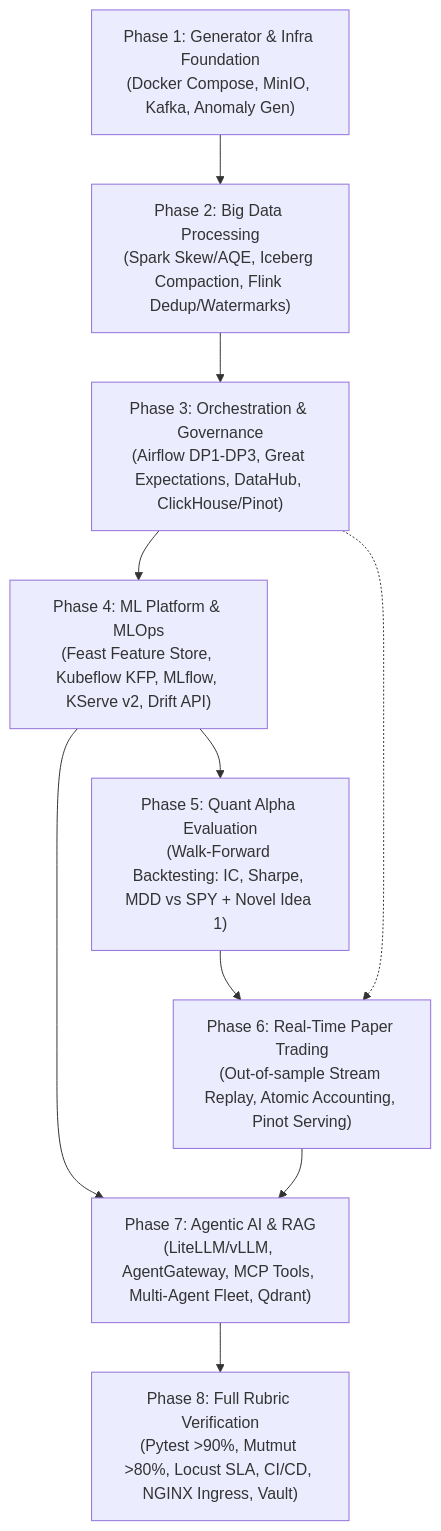
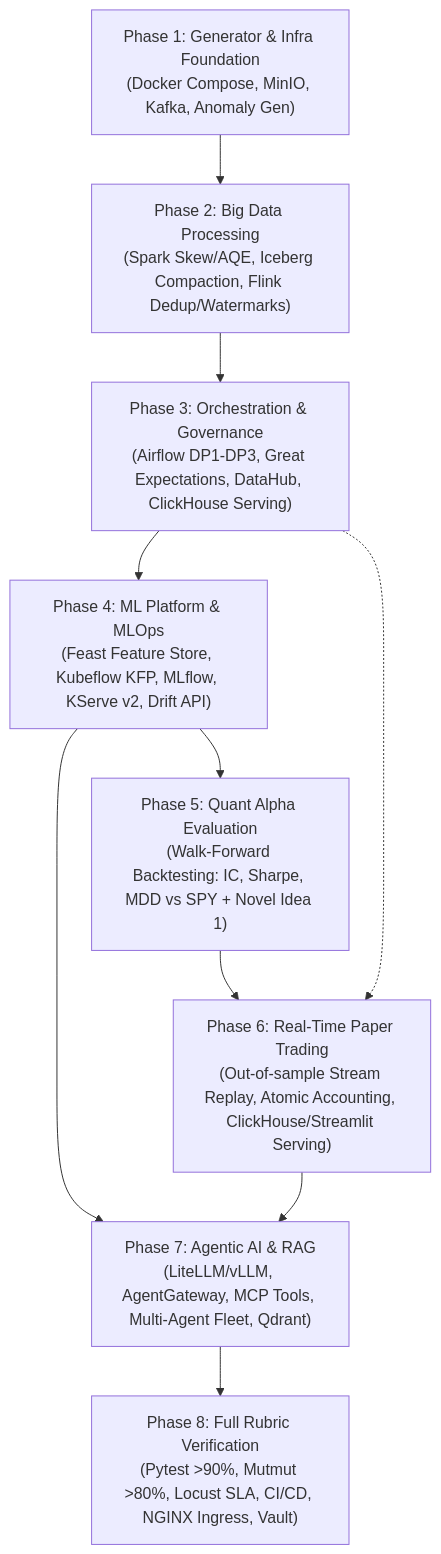
One commit to LongDeutsch/edai_quant_k11 changed the second of 2 diagrams in docs/plan/IMPLEMENTATION_PLAN.md. Above: the diagram before and after it, drawn with Mermaid. The commit also changed other lines of this file and 159 other files, not shown here.

Commit message:
update backtesting phase 5 and clickhouse UI dashboard for live trading/pnl/signal phase 6

````diff
--- a/docs/plan/IMPLEMENTATION_PLAN.md
+++ b/docs/plan/IMPLEMENTATION_PLAN.md
@@ -243,21 +242,21 @@
 ```mermaid
 flowchart TD
     P1["Phase 1: Generator & Infra Foundation<br>(Docker Compose, MinIO, Kafka, Anomaly Gen)"]
     P2["Phase 2: Big Data Processing<br>(Spark Skew/AQE, Iceberg Compaction, Flink Dedup/Watermarks)"]
-    P3["Phase 3: Orchestration & Governance<br>(Airflow DP1-DP3, Great Expectations, DataHub, ClickHouse/Pinot)"]
+    P3["Phase 3: Orchestration & Governance<br>(Airflow DP1-DP3, Great Expectations, DataHub, ClickHouse Serving)"]
     P4["Phase 4: ML Platform & MLOps<br>(Feast Feature Store, Kubeflow KFP, MLflow, KServe v2, Drift API)"]
     P5["Phase 5: Quant Alpha Evaluation<br>(Walk-Forward Backtesting: IC, Sharpe, MDD vs SPY + Novel Idea 1)"]
-    P6["Phase 6: Real-Time Paper Trading<br>(Out-of-sample Stream Replay, Atomic Accounting, Pinot Serving)"]
+    P6["Phase 6: Real-Time Paper Trading<br>(Out-of-sample Stream Replay, Atomic Accounting, ClickHouse/Streamlit Serving)"]
     P7["Phase 7: Agentic AI & RAG<br>(LiteLLM/vLLM, AgentGateway, MCP Tools, Multi-Agent Fleet, Qdrant)"]
     P8["Phase 8: Full Rubric Verification<br>(Pytest >90%, Mutmut >80%, Locust SLA, CI/CD, NGINX Ingress, Vault)"]
 
     P1 --> P2
     P2 --> P3
     P3 --> P4
     P4 --> P5
     P5 --> P6
     P4 --> P7
     P6 --> P7
     P7 --> P8
     P3 -.-> P6
 ```
````
